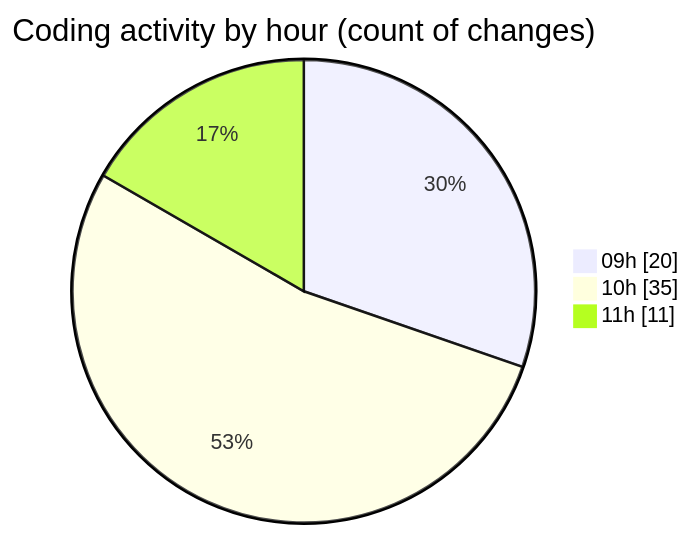
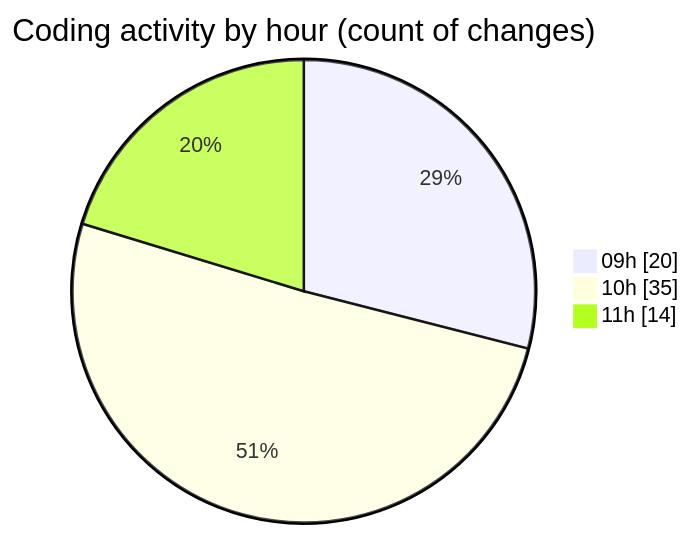
The second of 2 diagrams in 2025-06-10/ecodeli-1/README.md (CELIANVF/code-tracking), drawn with Mermaid before and after one commit. The commit also changed other lines of this file and 1 other file, not shown here.

````diff
--- a/2025-06-10/ecodeli-1/README.md
+++ b/2025-06-10/ecodeli-1/README.md
@@ -58,7 +59,7 @@
 ```mermaid
 pie showData
 title Coding activity by hour (count of changes)
 "09h" : 20
 "10h" : 35
-"11h" : 11
+"11h" : 14
 ```
````
